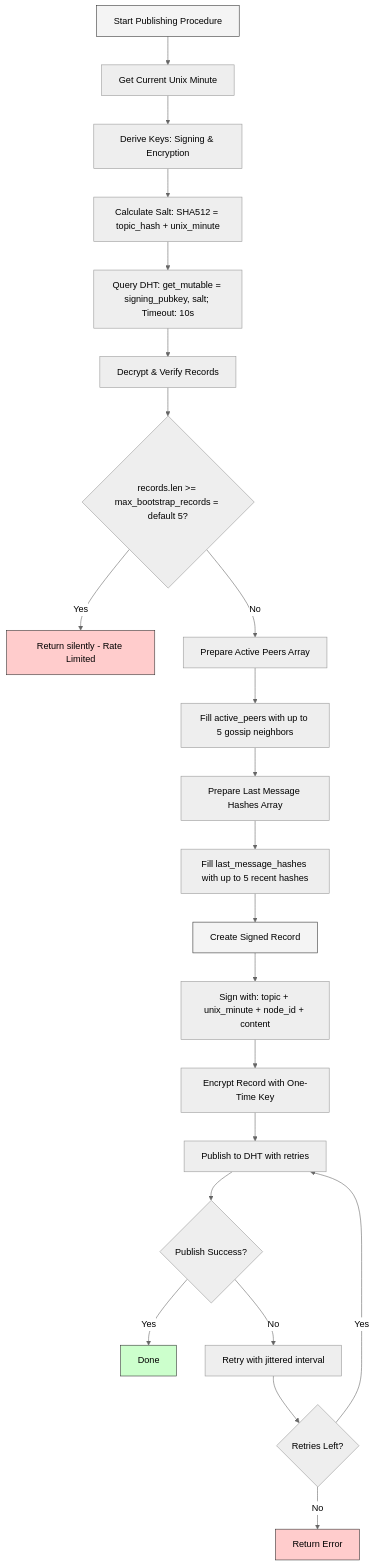
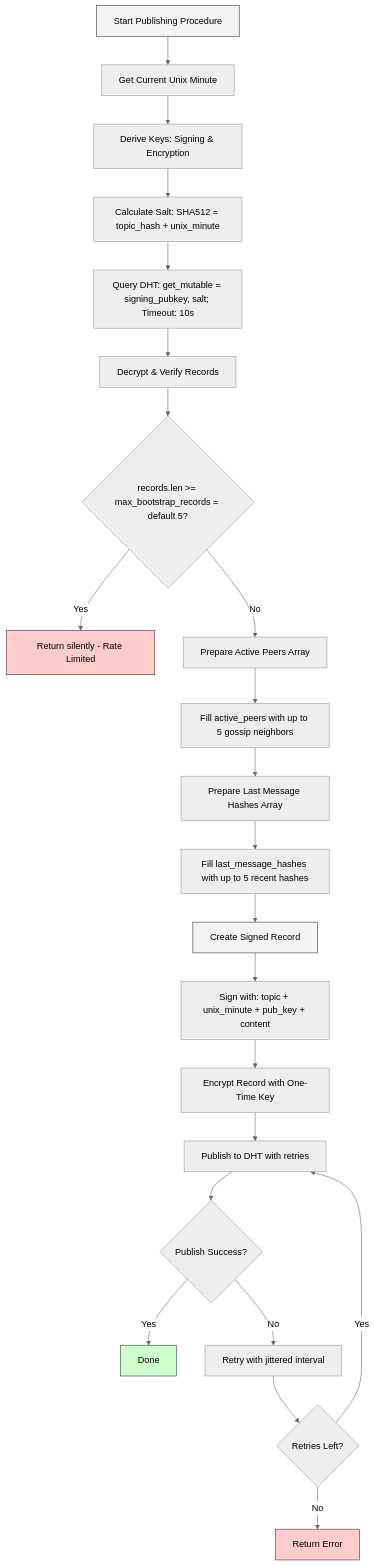
Before and after one commit to rustonbsd/distributed-topic-tracker: the first of 5 diagrams in PROTOCOL.md, drawn with Mermaid (neutral theme). The commit also changed other lines of this file and 9 other files, not shown here.

````diff
--- a/PROTOCOL.md
+++ b/PROTOCOL.md
@@ -49,35 +49,35 @@
 ```mermaid
 flowchart TD
   A[Start Publishing Procedure] --> B[Get Current Unix Minute]
   B --> C[Derive Keys: Signing & Encryption]
   C --> D[Calculate Salt: SHA512 = topic_hash + unix_minute]
   D --> E[Query DHT: get_mutable = signing_pubkey, salt; Timeout: 10s]
 
   E --> F[Decrypt & Verify Records]
   F --> G{records.len >= max_bootstrap_records = default 5?}
 
   G -- Yes --> I[Return silently - Rate Limited]
   G -- No --> J[Prepare Active Peers Array]
 
   J --> K[Fill active_peers with up to 5 gossip neighbors]
   K --> L[Prepare Last Message Hashes Array]
   L --> M[Fill last_message_hashes with up to 5 recent hashes]
 
   M --> N[Create Signed Record]
-  N --> O[Sign with: topic + unix_minute + node_id + content]
+  N --> O[Sign with: topic + unix_minute + pub_key + content]
   O --> P[Encrypt Record with One-Time Key]
   P --> Q[Publish to DHT with retries]
 
   Q --> R{Publish Success?}
   R -- Yes --> S[Done]
   R -- No --> T[Retry with jittered interval]
   T --> U{Retries Left?}
   U -- Yes --> Q
   U -- No --> V[Return Error]
 
   style A fill:#f4f4f4,stroke:#333,stroke-width:1px
   style I fill:#ffcccc,stroke:#333,stroke-width:1px
   style S fill:#ccffcc,stroke:#333,stroke-width:1px
   style V fill:#ffcccc,stroke:#333,stroke-width:1px
   style N fill:#f4f4f4,stroke:#333,stroke-width:1px
 ```
````
